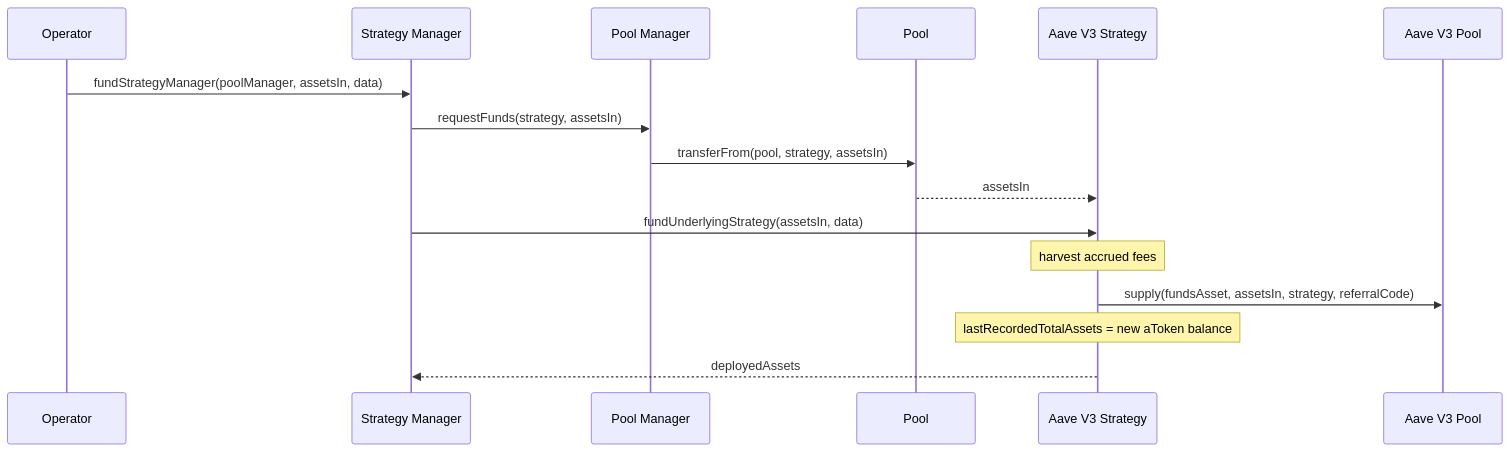
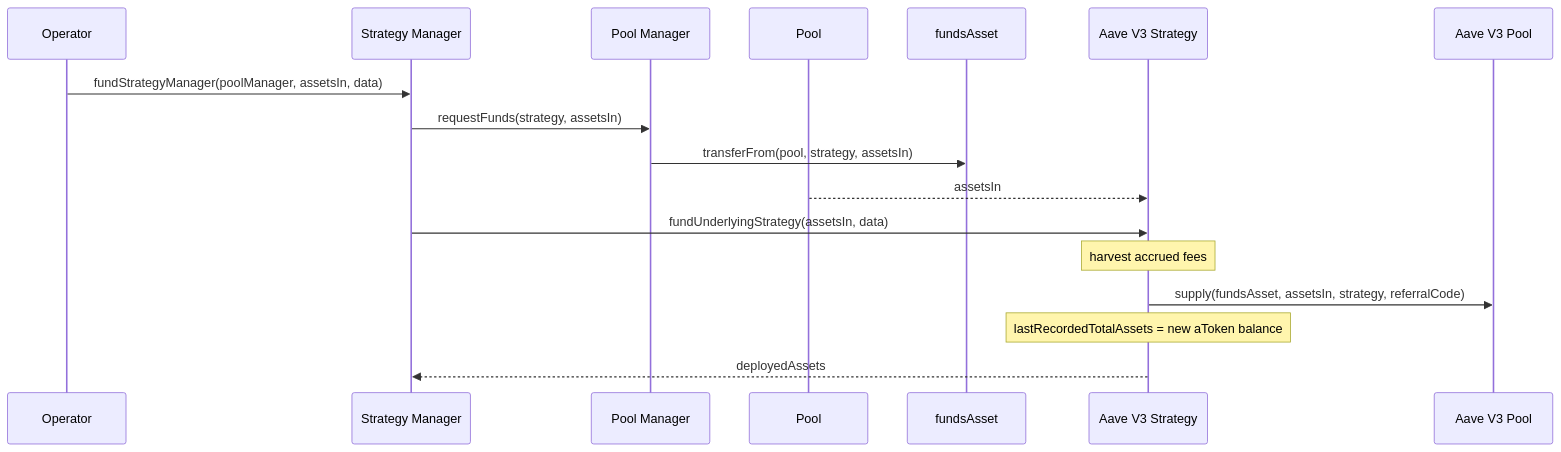
Before and after one commit to maple-labs/maple-docs: the first of 2 diagrams in technical-resources/strategies/aave-v3-strategy/funding-and-withdrawals.md, drawn with Mermaid. The commit also changed 1 other file, not shown here.

Commit message:
docs: Correct the Aave V3 full-loss revert and funding diagram
Funding after a recognised loss reverts in fundUnderlyingStrategy, not in the share conversion. The funding diagram now calls transferFrom on the funds asset.

````diff
--- a/technical-resources/strategies/aave-v3-strategy/funding-and-withdrawals.md
+++ b/technical-resources/strategies/aave-v3-strategy/funding-and-withdrawals.md
@@ -9,19 +9,20 @@
 ```mermaid
 sequenceDiagram
     participant Op as Operator
     participant SM as Strategy Manager
     participant PM as Pool Manager
     participant Pool
+    participant Asset as fundsAsset
     participant AS as Aave V3 Strategy
     participant Aave as Aave V3 Pool
 
     Op->>SM: fundStrategyManager(poolManager, assetsIn, data)
     SM->>PM: requestFunds(strategy, assetsIn)
-    PM->>Pool: transferFrom(pool, strategy, assetsIn)
+    PM->>Asset: transferFrom(pool, strategy, assetsIn)
     Pool-->>AS: assetsIn
     SM->>AS: fundUnderlyingStrategy(assetsIn, data)
     Note over AS: harvest accrued fees
     AS->>Aave: supply(fundsAsset, assetsIn, strategy, referralCode)
     Note over AS: lastRecordedTotalAssets = new aToken balance
     AS-->>SM: deployedAssets
 ```
````
